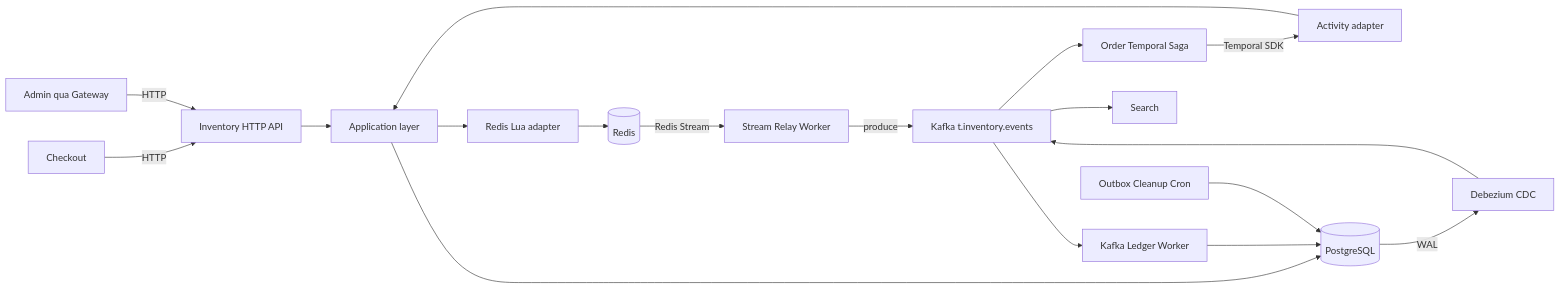
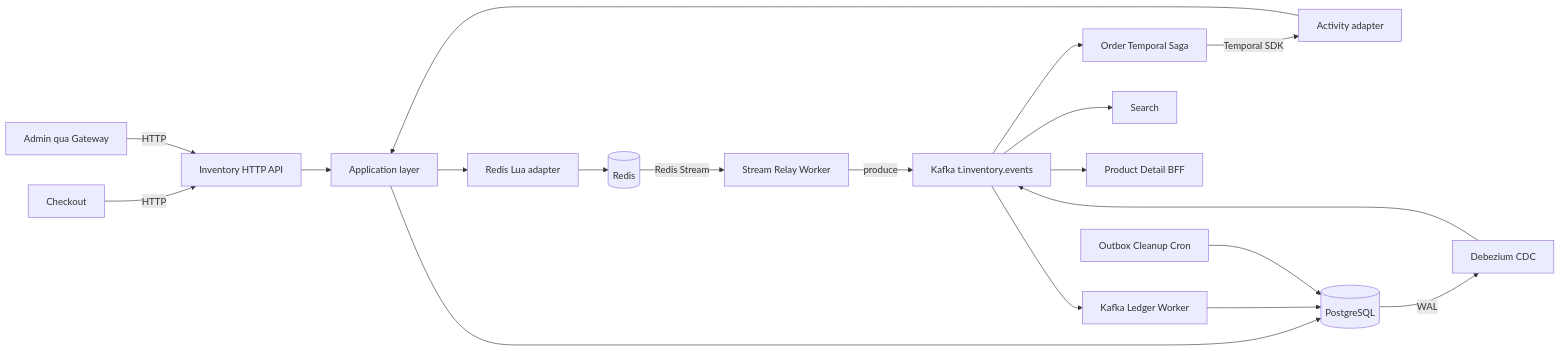
Before and after one commit to quangdung2110/e-commerce-microservices: the diagram in docs/inventory/architecture.md, drawn with Mermaid. The commit also changed other lines of this file and 39 other files, not shown here.

First line of the commit message:
docs(pdp): define inventory-backed product detail read model

````diff
--- a/docs/inventory/architecture.md
+++ b/docs/inventory/architecture.md
@@ -36,23 +37,24 @@
 ```mermaid
 flowchart LR
   CK[Checkout] -->|HTTP| API[Inventory HTTP API]
   AD[Admin qua Gateway] -->|HTTP| API
   OR[Order Temporal Saga] -->|Temporal SDK| ACT[Activity adapter]
 
   API --> APP[Application layer]
   ACT --> APP
 
   APP --> LUA[Redis Lua adapter]
   APP --> PG[(PostgreSQL)]
   LUA --> R[(Redis)]
 
   R -->|Redis Stream| RELAY[Stream Relay Worker]
   RELAY -->|produce| KAF[Kafka t.inventory.events]
   KAF --> LEDGER[Kafka Ledger Worker]
   LEDGER --> PG
   PG -->|WAL| CDC[Debezium CDC]
   CDC --> KAF
   KAF --> SE[Search]
+  KAF --> PDP[Product Detail BFF]
   KAF --> OR
   CRON[Outbox Cleanup Cron] --> PG
 ```
````
